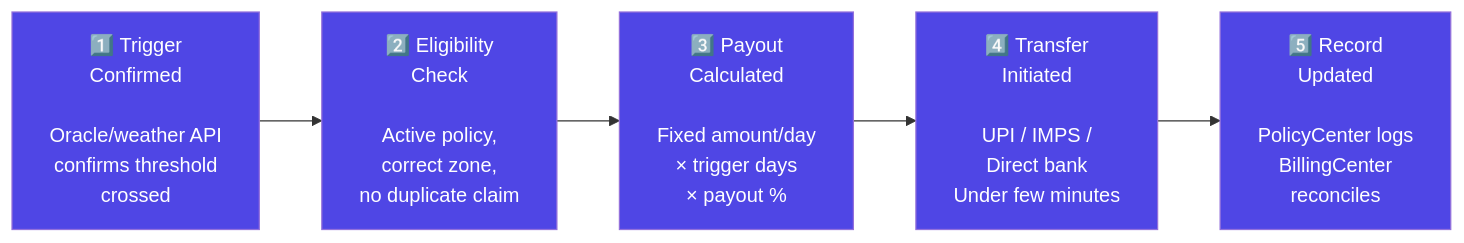
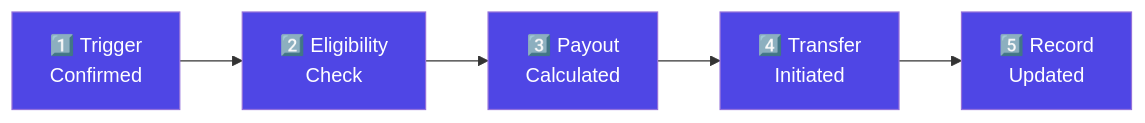
Before and after one commit to lobezno16/gig-income-shield: the fourth of 10 diagrams in README.md, drawn with Mermaid. The commit also changed other lines of this file, not shown here.

````diff
--- a/README.md
+++ b/README.md
@@ -494,13 +520,13 @@
 ```mermaid
 flowchart LR
-    A["1️⃣ Trigger\nConfirmed\n\nOracle/weather API\nconfirms threshold\ncrossed"] --> B["2️⃣ Eligibility\nCheck\n\nActive policy,\ncorrect zone,\nno duplicate claim"]
-    B --> C["3️⃣ Payout\nCalculated\n\nFixed amount/day\n× trigger days\n× payout %"]
-    C --> D["4️⃣ Transfer\nInitiated\n\nUPI / IMPS /\nDirect bank\nUnder few minutes"]
-    D --> E["5️⃣ Record\nUpdated\n\nPolicyCenter logs\nBillingCenter\nreconciles"]
+    A["1️⃣ Trigger\nConfirmed"] --> B["2️⃣ Eligibility\nCheck"]
+    B --> C["3️⃣ Payout\nCalculated"]
+    C --> D["4️⃣ Transfer\nInitiated"]
+    D --> E["5️⃣ Record\nUpdated"]
     
     style A fill:#4F46E5,color:#fff
     style B fill:#4F46E5,color:#fff
     style C fill:#4F46E5,color:#fff
     style D fill:#4F46E5,color:#fff
     style E fill:#4F46E5,color:#fff
 ```
````
